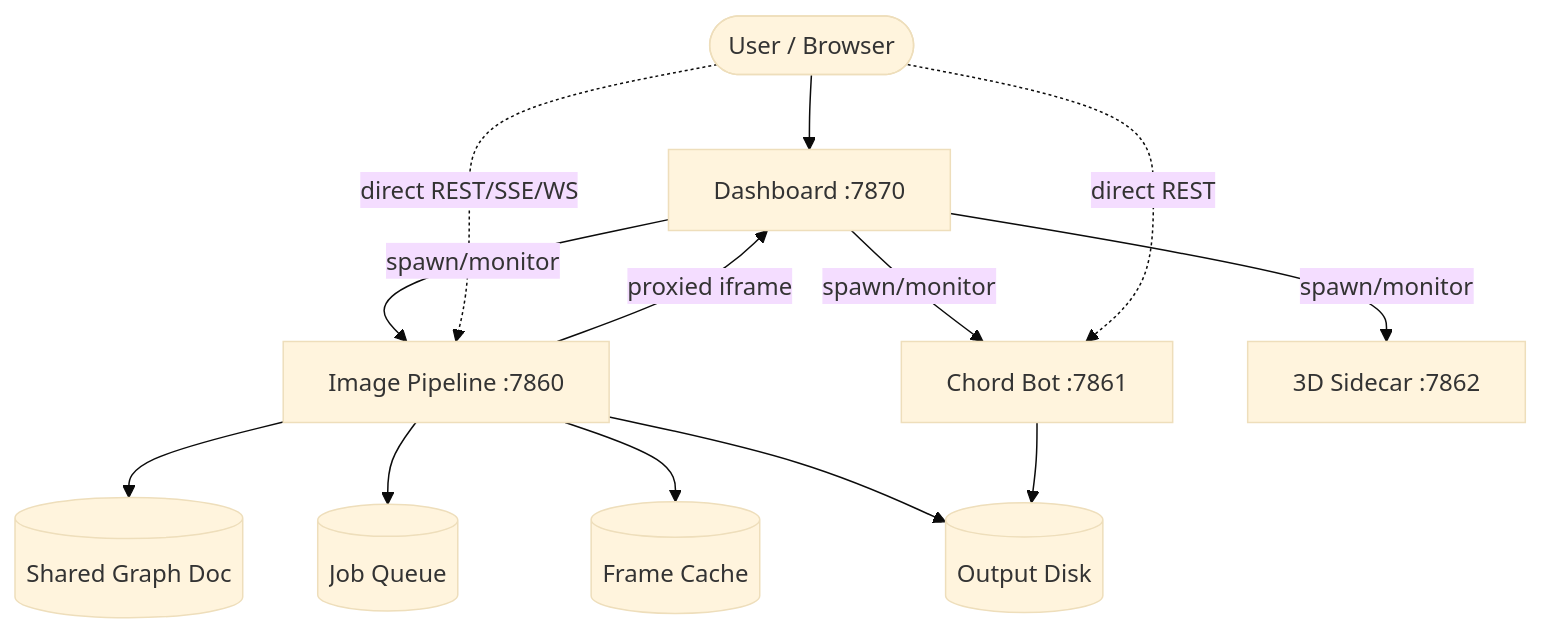
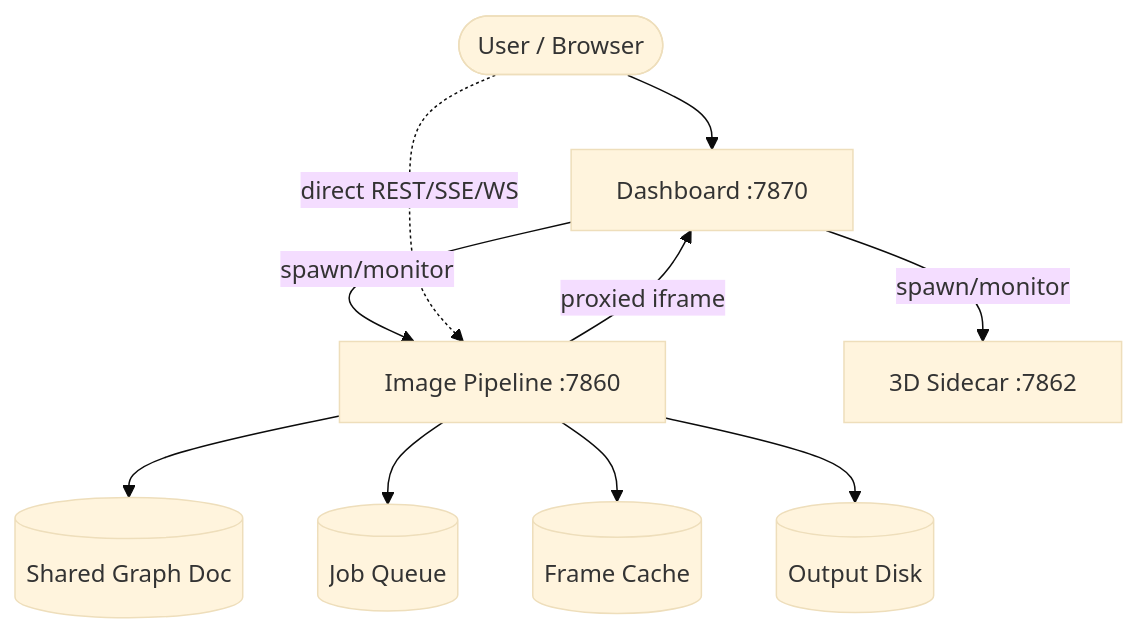
Before and after one commit to brndnhghs/grillmaster-command-center: the diagram in docs/wiki/architecture.md, drawn with Mermaid (base theme). The commit also changed other lines of this file and 90 other files, not shown here.

First line of the commit message:
chore: phase out chord-bot; move sidecar lifecycle into pipeline server

````diff
--- a/docs/wiki/architecture.md
+++ b/docs/wiki/architecture.md
@@ -20,26 +19,22 @@
 ```mermaid
 flowchart TD
     User(["User / Browser"])
     Dashboard["Dashboard :7870"]
     Pipeline["Image Pipeline :7860"]
-    Chord["Chord Bot :7861"]
     Sidecar["3D Sidecar :7862"]
     GraphDoc[("Shared Graph Doc")]
     JobQueue[("Job Queue")]
     Cache[("Frame Cache")]
     Disk[("Output Disk")]
 
     User --> Dashboard
     Dashboard -->|spawn/monitor| Pipeline
-    Dashboard -->|spawn/monitor| Chord
     Dashboard -->|spawn/monitor| Sidecar
     User -.->|direct REST/SSE/WS| Pipeline
-    User -.->|direct REST| Chord
 
     Pipeline --> GraphDoc
     Pipeline --> JobQueue
     Pipeline --> Cache
     Pipeline --> Disk
     Pipeline -->|proxied iframe| Dashboard
-    Chord --> Disk
 ```
````
